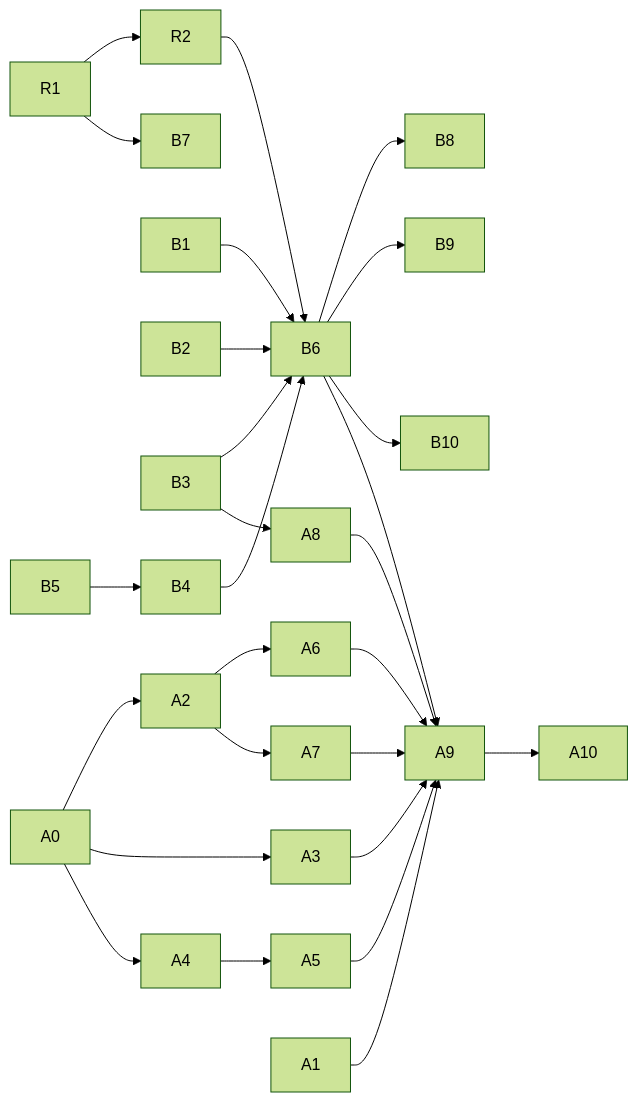
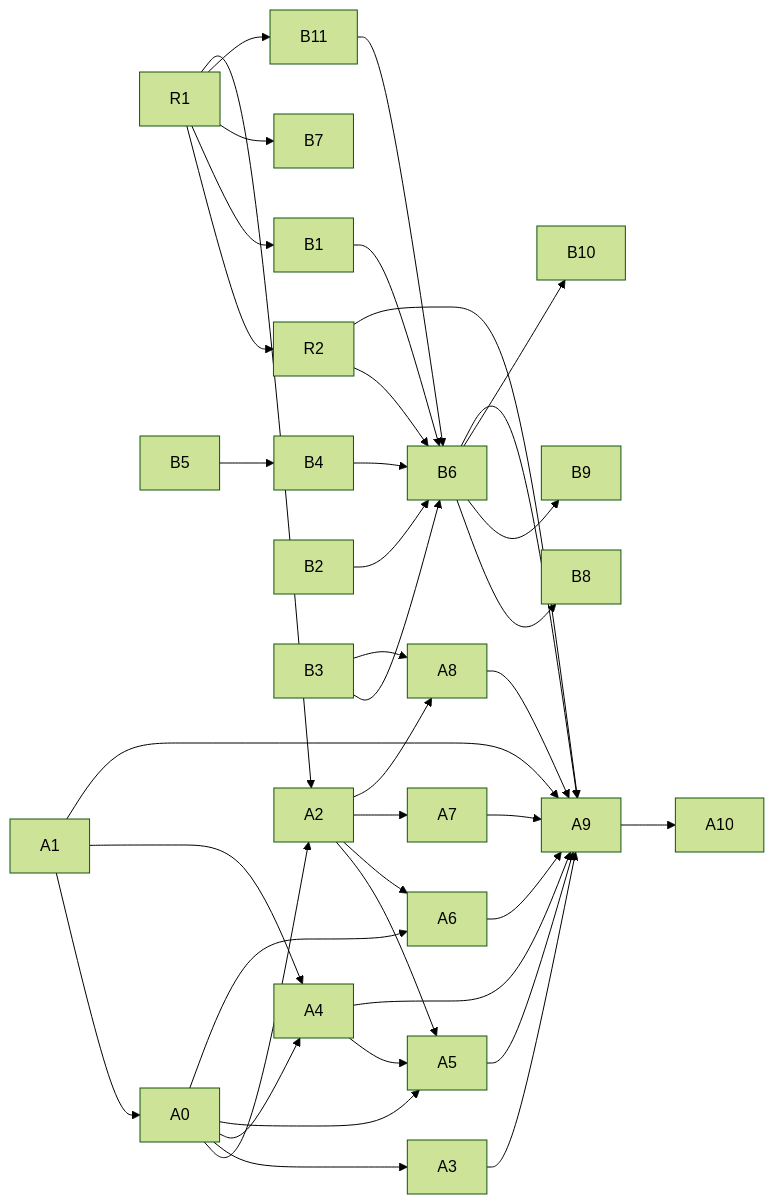
One commit to discobox-ai/discobox changed the diagram in docs/tasks/947-remote-drivers-boxd-and-archil.md. Above: the diagram before and after it, drawn with Mermaid (forest theme). The commit also changed other lines of this file and 1 other file, not shown here.

````diff
--- a/docs/tasks/947-remote-drivers-boxd-and-archil.md
+++ b/docs/tasks/947-remote-drivers-boxd-and-archil.md
@@ -125,29 +171,41 @@
 ```mermaid
 graph LR
   R1 --> R2
+  R1 --> B1
   R1 --> B7
+  R1 --> B11
+  R1 --> A2
   R2 --> B6
+  R2 --> A9
   B1 --> B6
   B2 --> B6
   B3 --> B6
   B4 --> B6
   B5 --> B4
+  B11 --> B6
   B6 --> B8
   B6 --> B9
   B6 --> B10
+  B6 --> A9
+  B3 --> A8
+  A1 --> A0
   A0 --> A2
   A0 --> A3
   A0 --> A4
-  A4 --> A5
+  A0 --> A5
+  A0 --> A6
+  A1 --> A4
+  A1 --> A9
+  A2 --> A5
   A2 --> A6
   A2 --> A7
-  B3 --> A8
-  A1 --> A9
+  A2 --> A8
+  A4 --> A5
   A3 --> A9
+  A4 --> A9
   A5 --> A9
   A6 --> A9
   A7 --> A9
   A8 --> A9
-  B6 --> A9
   A9 --> A10
 ```
````
